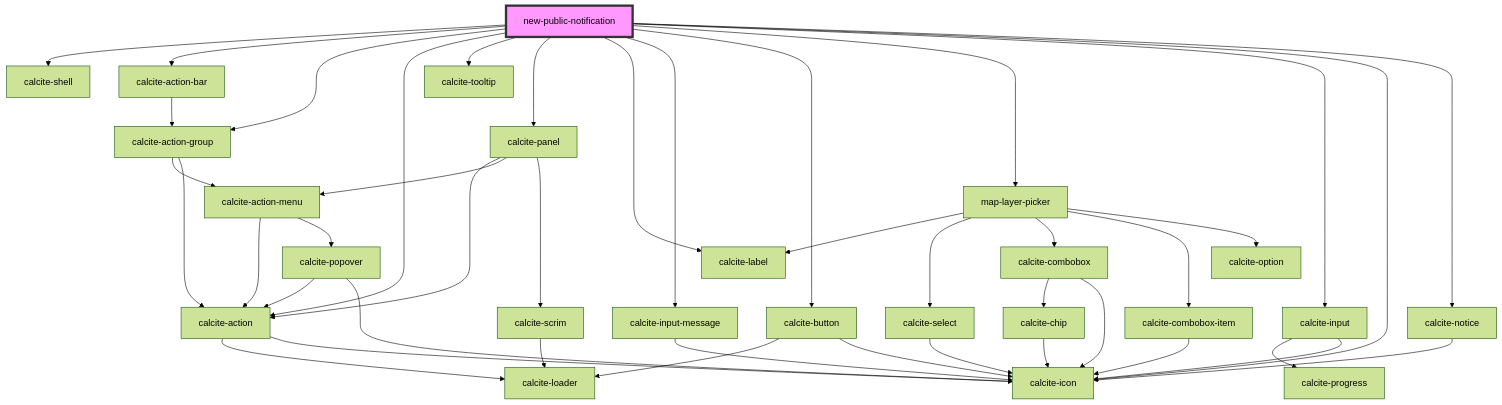
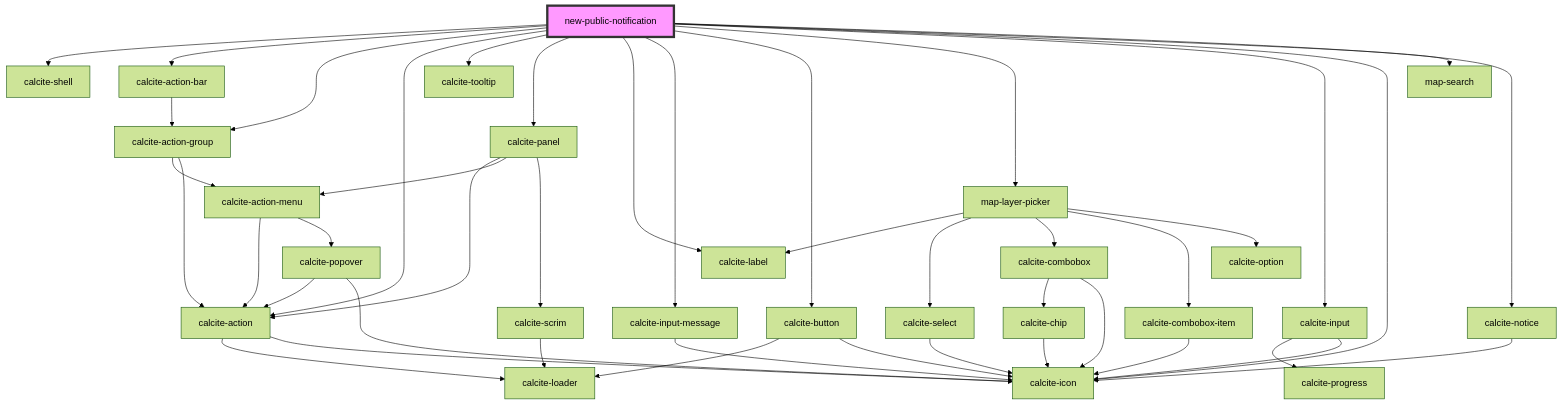
The diagram in src/components/new-public-notification/readme.md (Esri/solutions-components), drawn with Mermaid (forest theme) before and after one commit. The commit also changed other lines of this file and 13 other files, not shown here.

````diff
--- a/src/components/new-public-notification/readme.md
+++ b/src/components/new-public-notification/readme.md
@@ -36,46 +37,47 @@
 ```mermaid
 graph TD;
   new-public-notification --> calcite-shell
   new-public-notification --> calcite-action-bar
   new-public-notification --> calcite-action-group
   new-public-notification --> calcite-action
   new-public-notification --> calcite-tooltip
   new-public-notification --> calcite-panel
   new-public-notification --> calcite-label
   new-public-notification --> calcite-input-message
   new-public-notification --> calcite-button
   new-public-notification --> map-layer-picker
   new-public-notification --> calcite-input
   new-public-notification --> calcite-icon
+  new-public-notification --> map-search
   new-public-notification --> calcite-notice
   calcite-action-bar --> calcite-action-group
   calcite-action-group --> calcite-action-menu
   calcite-action-group --> calcite-action
   calcite-action-menu --> calcite-action
   calcite-action-menu --> calcite-popover
   calcite-action --> calcite-loader
   calcite-action --> calcite-icon
   calcite-popover --> calcite-action
   calcite-popover --> calcite-icon
   calcite-panel --> calcite-action
   calcite-panel --> calcite-action-menu
   calcite-panel --> calcite-scrim
   calcite-scrim --> calcite-loader
   calcite-input-message --> calcite-icon
   calcite-button --> calcite-loader
   calcite-button --> calcite-icon
   map-layer-picker --> calcite-label
   map-layer-picker --> calcite-select
   map-layer-picker --> calcite-combobox
   map-layer-picker --> calcite-combobox-item
   map-layer-picker --> calcite-option
   calcite-select --> calcite-icon
   calcite-combobox --> calcite-chip
   calcite-combobox --> calcite-icon
   calcite-chip --> calcite-icon
   calcite-combobox-item --> calcite-icon
   calcite-input --> calcite-progress
   calcite-input --> calcite-icon
   calcite-notice --> calcite-icon
   style new-public-notification fill:#f9f,stroke:#333,stroke-width:4px
 ```
````
